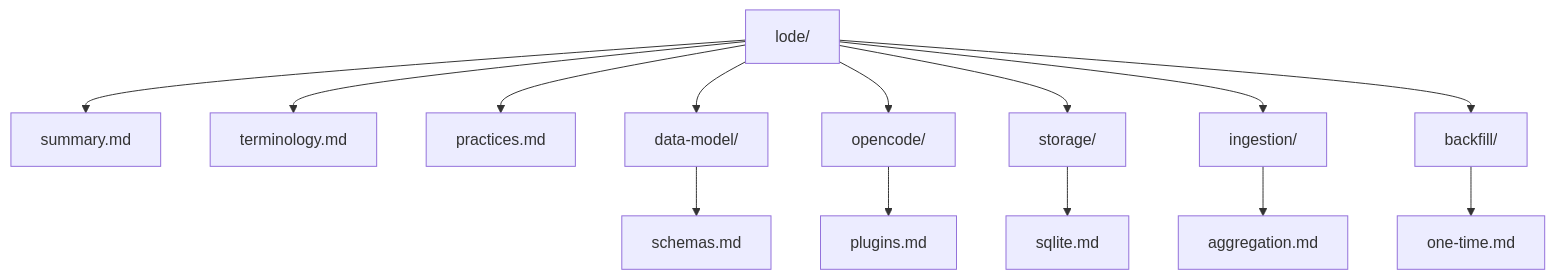
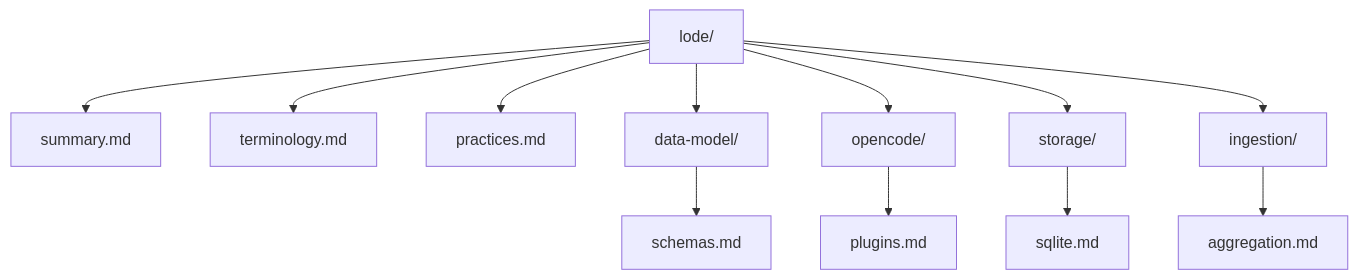
The diagram in lode/lode-map.md (dxta-dev/clankers), drawn with Mermaid before and after one commit. The commit also changed other lines of this file and 24 other files, not shown here.

````diff
--- a/lode/lode-map.md
+++ b/lode/lode-map.md
@@ -26,17 +27,15 @@
 ```mermaid
 flowchart TB
   Lode[lode/]
   Lode --> Summary[summary.md]
   Lode --> Terms[terminology.md]
   Lode --> Practices[practices.md]
   Lode --> DataModel[data-model/]
   DataModel --> Schemas[schemas.md]
   Lode --> OpenCode[opencode/]
   OpenCode --> Plugins[plugins.md]
   Lode --> Storage[storage/]
   Storage --> SQLite[sqlite.md]
   Lode --> Ingestion[ingestion/]
   Ingestion --> Aggregation[aggregation.md]
-  Lode --> Backfill[backfill/]
-  Backfill --> OneTime[one-time.md]
 ```
````
